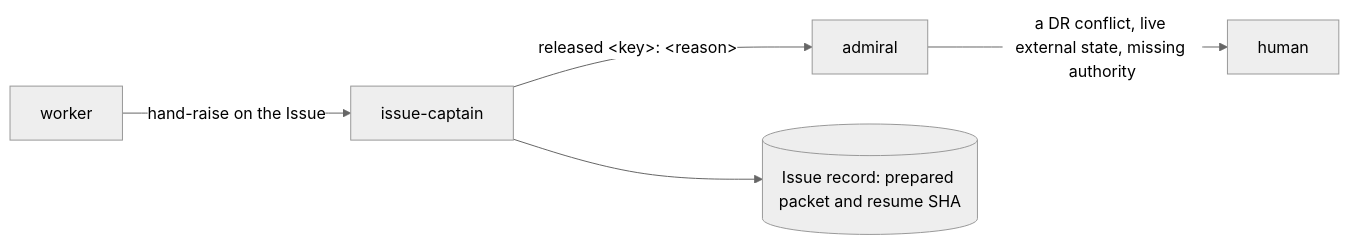
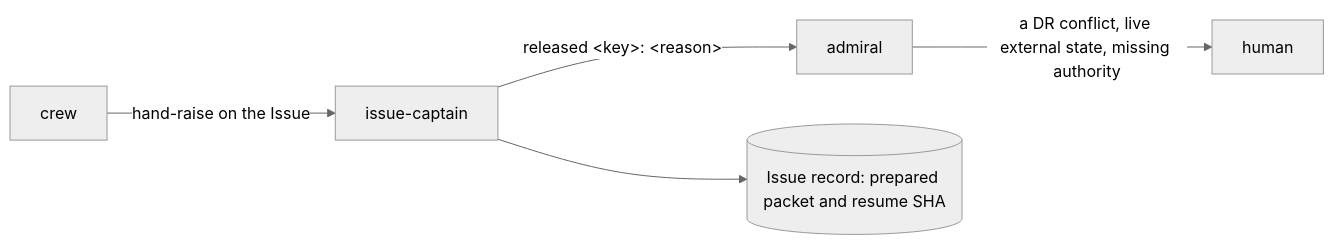
The tenth of 12 diagrams in dydo/understand/control-flow.md (bodnarbalazs/dydo), drawn with Mermaid (neutral theme) before and after one commit. The commit also changed other lines of this file and 80 other files, not shown here.

````diff
--- a/dydo/understand/control-flow.md
+++ b/dydo/understand/control-flow.md
@@ -591,7 +595,7 @@
 ```mermaid
 flowchart LR
-  W[worker] -->|hand-raise on the Issue| C[issue-captain]
+  W[crew] -->|hand-raise on the Issue| C[issue-captain]
   C -->|released &lt;key&gt;: &lt;reason&gt;| A[admiral]
   C --> R[(Issue record: prepared packet and resume SHA)]
   A -->|a DR conflict, live external state, missing authority| H[human]
 ```
````
